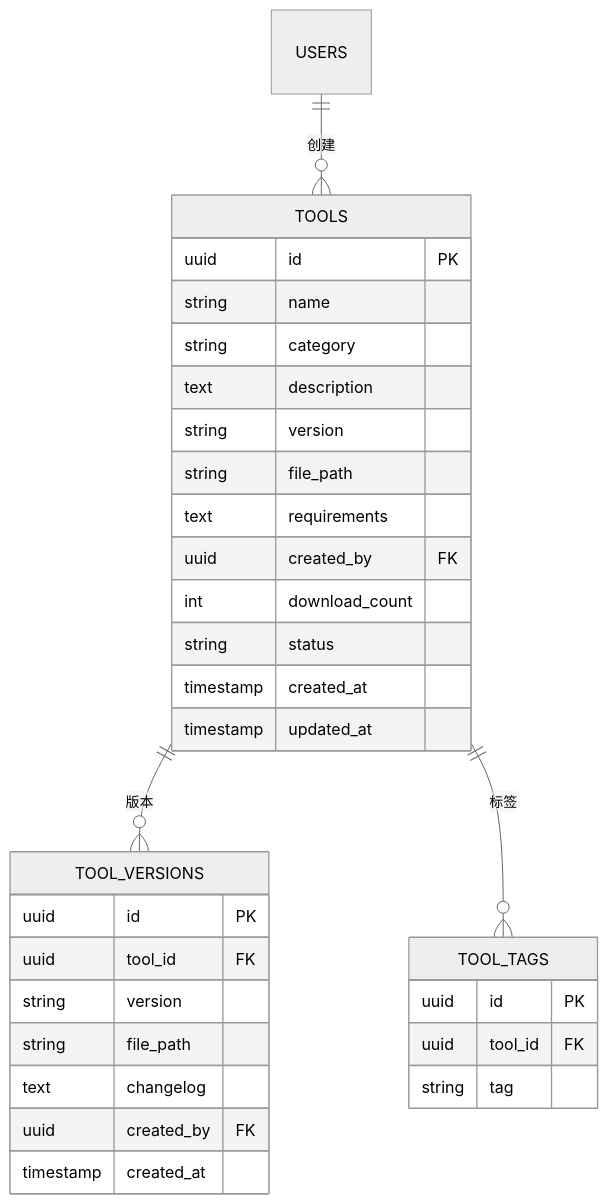
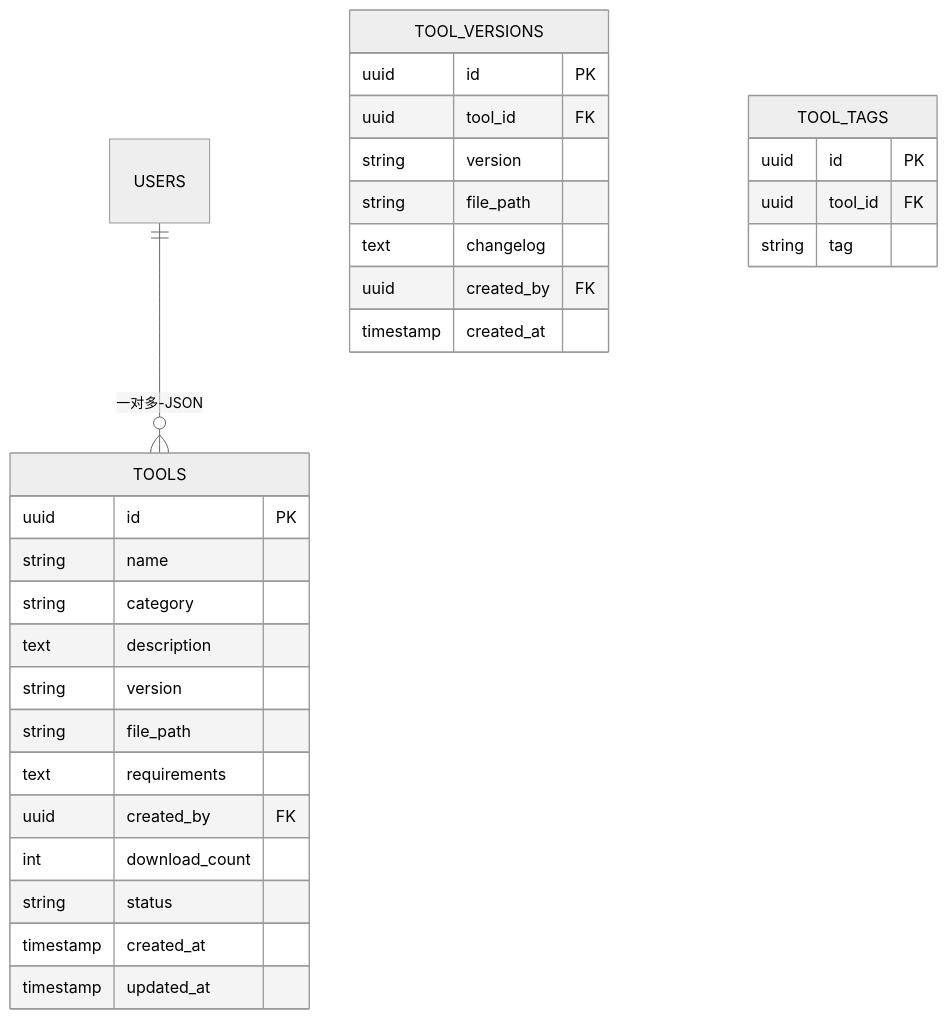
One commit to dayutech/Vuln-Audit-Lifecycle-Management changed the fourth of 11 diagrams in docs/design/er_diagram.md. Above: the diagram before and after it, drawn with Mermaid (neutral theme). The commit also changed other lines of this file and 7 other files, not shown here.

````diff
--- a/docs/design/er_diagram.md
+++ b/docs/design/er_diagram.md
@@ -360,37 +361,35 @@
 ```mermaid
 erDiagram
-    USERS ||--o{ TOOLS : "创建"
-    TOOLS ||--o{ TOOL_VERSIONS : "版本"
-    TOOLS ||--o{ TOOL_TAGS : "标签"
+    USERS ||--o{ TOOLS : "一对多-JSON"
     
     TOOLS {
         uuid id PK
         string name
         string category
         text description
         string version
         string file_path
         text requirements
         uuid created_by FK
         int download_count
         string status
         timestamp created_at
         timestamp updated_at
     }
     
     TOOL_VERSIONS {
         uuid id PK
         uuid tool_id FK
         string version
         string file_path
         text changelog
         uuid created_by FK
         timestamp created_at
     }
     
     TOOL_TAGS {
         uuid id PK
         uuid tool_id FK
         string tag
     }
 ```
````
